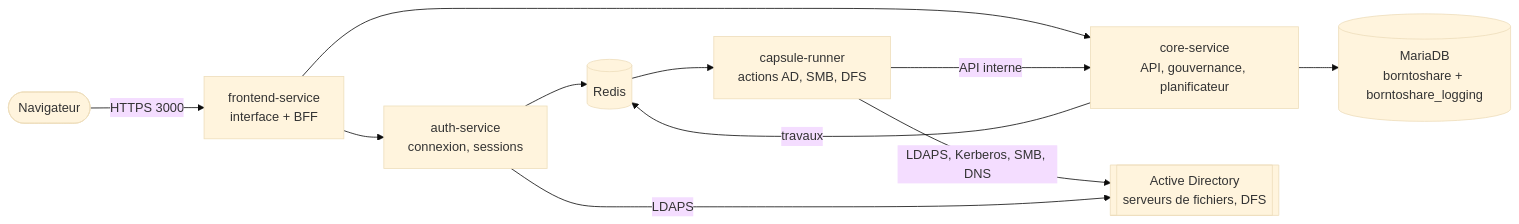
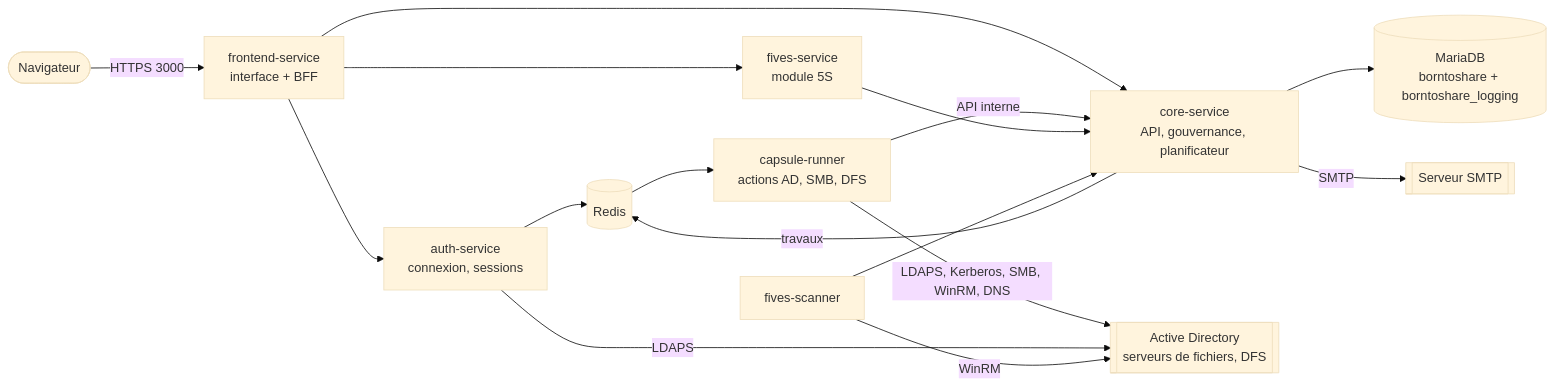
Before and after one commit to RaphPrch/borntoshare: the diagram in README.md, drawn with Mermaid (base theme). The commit also changed other lines of this file and 16 other files, not shown here.

Commit message:
Documentation à jour : droits minimums AD, sensibilité, notifications, module 5S, WinRM ; notes obsolètes supprimées ; captures des e-mails et de la connexion

````diff
--- a/README.md
+++ b/README.md
@@ -10,13 +14,18 @@
 ```mermaid
 flowchart LR
   user([Navigateur]) -- HTTPS 3000 --> front[frontend-service<br/>interface + BFF]
   front --> auth[auth-service<br/>connexion, sessions]
   front --> core[core-service<br/>API, gouvernance, planificateur]
   core -- travaux --> redis[(Redis)]
   redis --> worker[capsule-runner<br/>actions AD, SMB, DFS]
   worker -- API interne --> core
   core --> db[(MariaDB<br/>borntoshare + borntoshare_logging)]
   auth --> redis
-  worker -- LDAPS, Kerberos, SMB, DNS --> ad[[Active Directory<br/>serveurs de fichiers, DFS]]
+  worker -- LDAPS, Kerberos, SMB, WinRM, DNS --> ad[[Active Directory<br/>serveurs de fichiers, DFS]]
   auth -- LDAPS --> ad
+  front --> fives[fives-service<br/>module 5S]
+  fives --> core
+  scanner[fives-scanner] -- WinRM --> ad
+  scanner --> core
+  core -- SMTP --> mail[[Serveur SMTP]]
 ```
````
